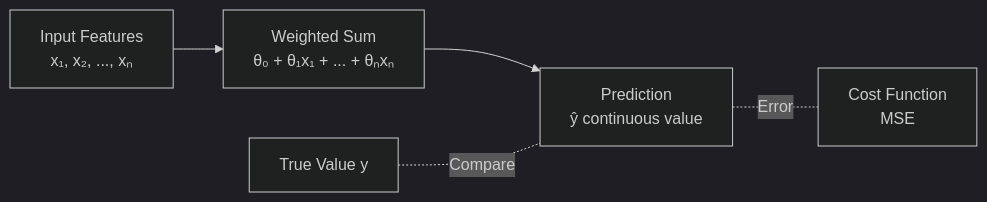
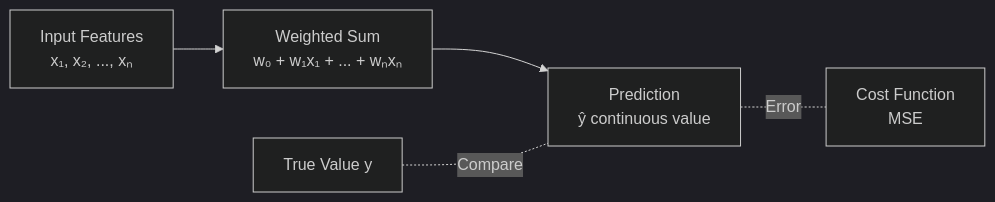
The second of 5 diagrams in linear&logestic_regression.md (BDWiii/AI-Curriculum), drawn with Mermaid (dark theme) before and after one commit. The commit also changed other lines of this file and 3 other files, not shown here.

````diff
--- a/linear&logestic_regression.md
+++ b/linear&logestic_regression.md
@@ -115,7 +115,7 @@
 ```mermaid
 graph LR
-    A[Input Features<br/>x₁, x₂, ..., xₙ] --> B[Weighted Sum<br/>θ₀ + θ₁x₁ + ... + θₙxₙ]
+    A[Input Features<br/>x₁, x₂, ..., xₙ] --> B[Weighted Sum<br/>w₀ + w₁x₁ + ... + wₙxₙ]
     B --> C[Prediction<br/>ŷ continuous value]
     D[True Value y] -.Compare.- C
     C -.Error.- E[Cost Function<br/>MSE]
 ```
````
